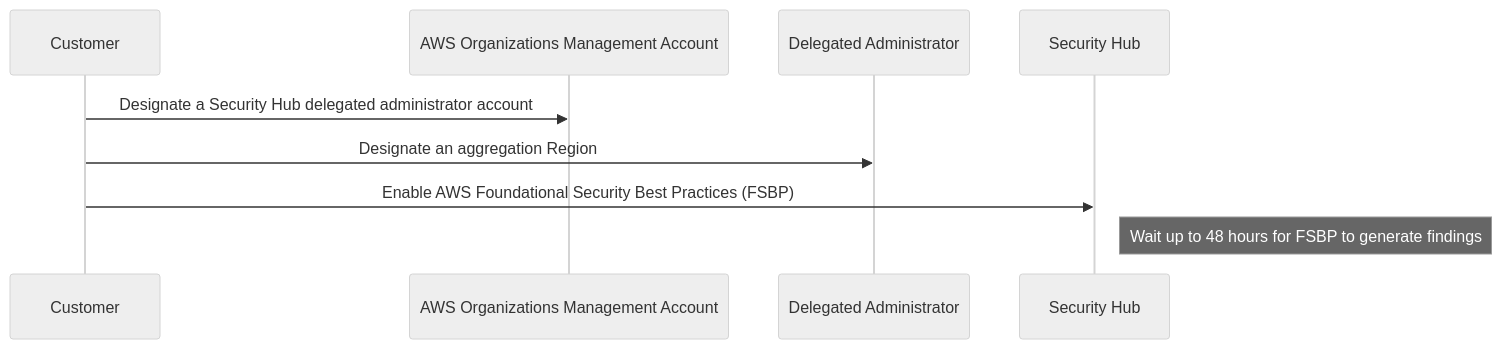
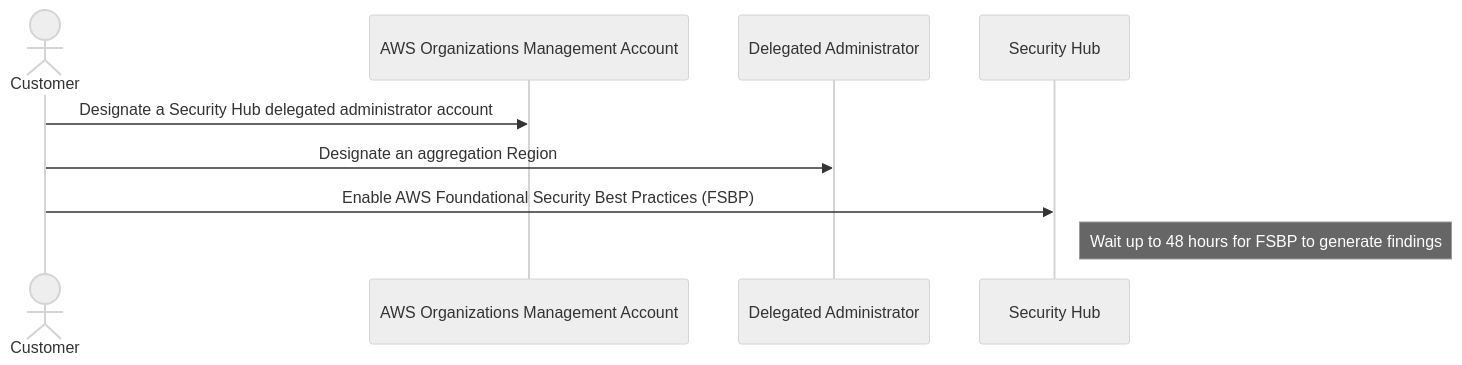
The second of 3 diagrams in README.md (aws-samples/cyber-insurance-examples), drawn with Mermaid (neutral theme) before and after one commit. The commit also changed other lines of this file, not shown here.

````diff
--- a/README.md
+++ b/README.md
@@ -55,7 +56,8 @@
 ```mermaid
 sequenceDiagram
+actor Customer
 Customer ->> AWS Organizations Management Account: Designate a Security Hub delegated administrator account
 Customer ->> Delegated Administrator: Designate an aggregation Region
 Customer ->> Security Hub: Enable AWS Foundational Security Best Practices (FSBP)
 Note right of Security Hub: Wait up to 48 hours for FSBP to generate findings
 ```
````
